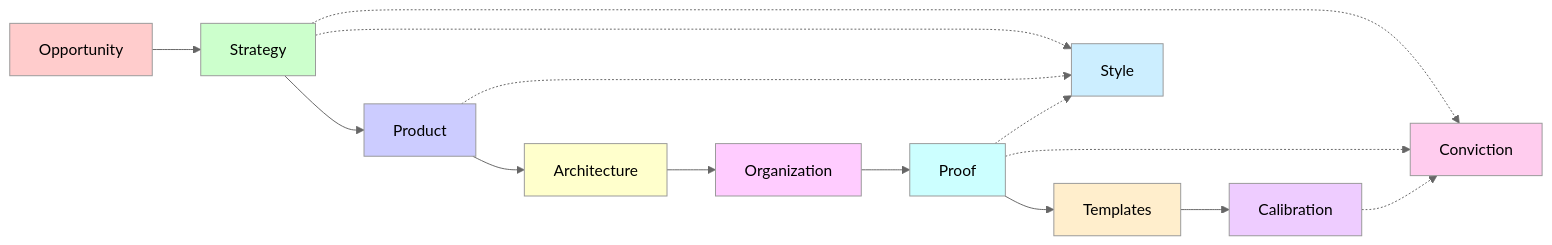
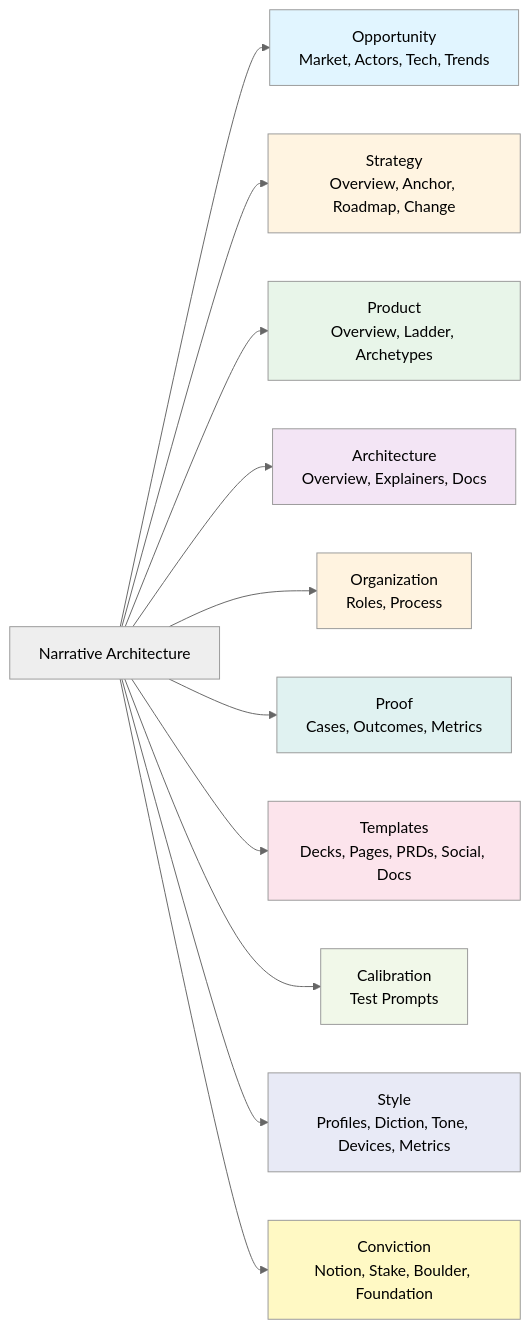
Before and after one commit to Synthetic-Identity-Co/conj-talk-2025: the second of 3 diagrams in README.md, drawn with Mermaid (neutral theme). The commit also changed other lines of this file, not shown here.

````diff
--- a/README.md
+++ b/README.md
@@ -178,29 +139,26 @@
 ```mermaid
 graph LR
-    O[Opportunity] --> S[Strategy]
-    S --> P[Product]
-    P --> A[Architecture]
-    A --> Org[Organization]
-    Org --> Pr[Proof]
-    Pr --> T[Templates]
-    T --> C[Calibration]
+    NA[Narrative Architecture]
     
-    S -.-> St[Style]
-    P -.-> St
-    Pr -.-> St
+    NA --> OPP[Opportunity<br/>Market, Actors, Tech, Trends]
+    NA --> STR[Strategy<br/>Overview, Anchor, Roadmap, Change]
+    NA --> PRD[Product<br/>Overview, Ladder, Archetypes]
+    NA --> ARC[Architecture<br/>Overview, Explainers, Docs]
+    NA --> ORG[Organization<br/>Roles, Process]
+    NA --> PRF[Proof<br/>Cases, Outcomes, Metrics]
+    NA --> TMP[Templates<br/>Decks, Pages, PRDs, Social, Docs]
+    NA --> CAL[Calibration<br/>Test Prompts]
+    NA --> STY[Style<br/>Profiles, Diction, Tone, Devices, Metrics]
+    NA --> CNV[Conviction<br/>Notion, Stake, Boulder, Foundation]
     
-    S -.-> Co[Conviction]
-    Pr -.-> Co
-    C -.-> Co
-    
-    style O fill:#ffcccc
-    style S fill:#ccffcc
-    style P fill:#ccccff
-    style A fill:#ffffcc
-    style Org fill:#ffccff
-    style Pr fill:#ccffff
-    style T fill:#ffeecc
-    style C fill:#eeccff
-    style St fill:#cceeff
-    style Co fill:#ffccee
+    style OPP fill:#e1f5ff
+    style STR fill:#fff4e1
+    style PRD fill:#e8f5e9
+    style ARC fill:#f3e5f5
+    style ORG fill:#fff3e0
+    style PRF fill:#e0f2f1
+    style TMP fill:#fce4ec
+    style CAL fill:#f1f8e9
+    style STY fill:#e8eaf6
+    style CNV fill:#fff9c4
 ```
````
